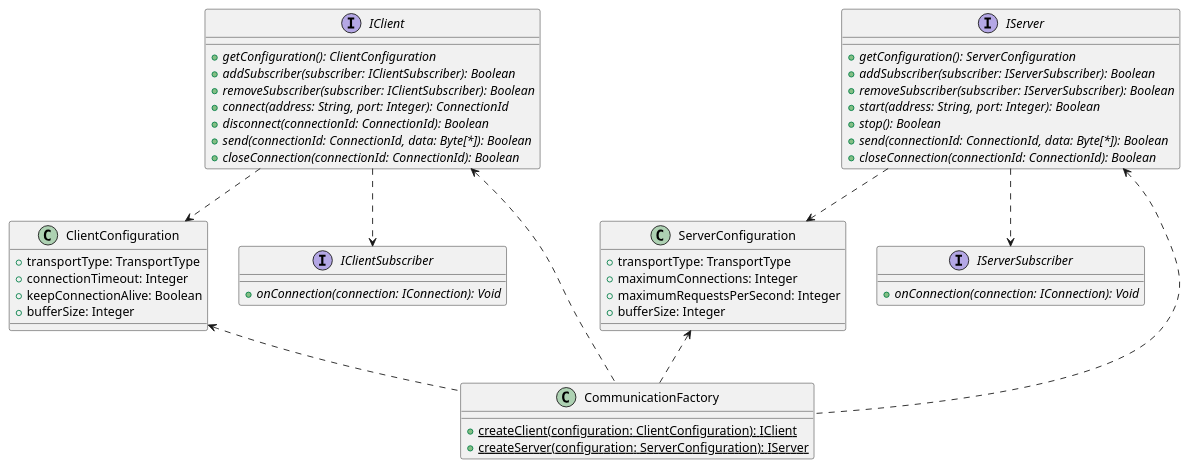
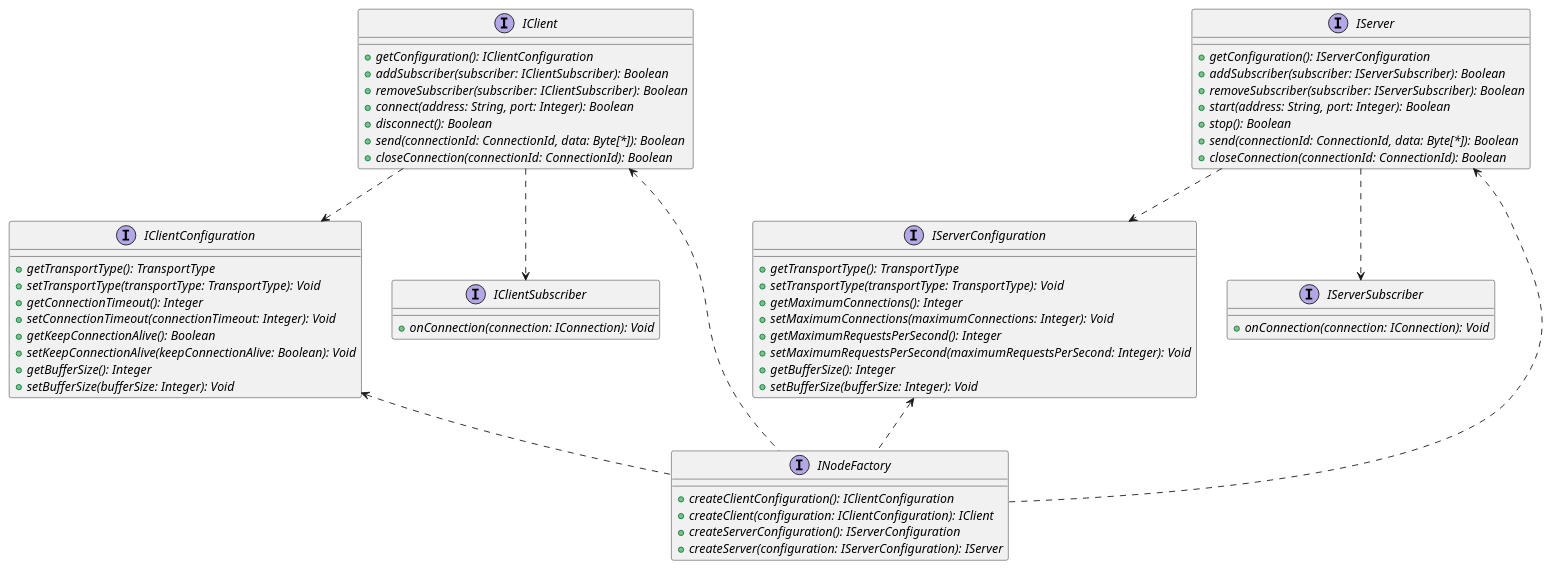
Before and after one commit to nghdang/connix: the diagram in docs/architecture/05_building_block_view/communication/node_layer/interface_view.puml, drawn with PlantUML. The commit also changed 4 other files, not shown here.

```diff
--- a/docs/architecture/05_building_block_view/communication/node_layer/interface_view.puml
+++ b/docs/architecture/05_building_block_view/communication/node_layer/interface_view.puml
@@ -1,63 +1,73 @@
 @startuml Node Layer - Interface View
 
-class ClientConfiguration {
-    + transportType: TransportType
-    + connectionTimeout: Integer
-    + keepConnectionAlive: Boolean
-    + bufferSize: Integer
+interface IClientConfiguration {
+    + {abstract} getTransportType(): TransportType
+    + {abstract} setTransportType(transportType: TransportType): Void
+    + {abstract} getConnectionTimeout(): Integer
+    + {abstract} setConnectionTimeout(connectionTimeout: Integer): Void
+    + {abstract} getKeepConnectionAlive(): Boolean
+    + {abstract} setKeepConnectionAlive(keepConnectionAlive: Boolean): Void
+    + {abstract} getBufferSize(): Integer
+    + {abstract} setBufferSize(bufferSize: Integer): Void
 }
 
 interface IClientSubscriber {
     + {abstract} onConnection(connection: IConnection): Void
 }
 
 interface IClient {
-    + {abstract} getConfiguration(): ClientConfiguration
+    + {abstract} getConfiguration(): IClientConfiguration
     + {abstract} addSubscriber(subscriber: IClientSubscriber): Boolean
     + {abstract} removeSubscriber(subscriber: IClientSubscriber): Boolean
-    + {abstract} connect(address: String, port: Integer): ConnectionId
-    + {abstract} disconnect(connectionId: ConnectionId): Boolean
+    + {abstract} connect(address: String, port: Integer): Boolean
+    + {abstract} disconnect(): Boolean
     + {abstract} send(connectionId: ConnectionId, data: Byte[*]): Boolean
     + {abstract} closeConnection(connectionId: ConnectionId): Boolean
 }
 
-class ServerConfiguration {
-    + transportType: TransportType
-    + maximumConnections: Integer
-    + maximumRequestsPerSecond: Integer
-    + bufferSize: Integer
+interface IServerConfiguration {
+    + {abstract} getTransportType(): TransportType
+    + {abstract} setTransportType(transportType: TransportType): Void
+    + {abstract} getMaximumConnections(): Integer
+    + {abstract} setMaximumConnections(maximumConnections: Integer): Void
+    + {abstract} getMaximumRequestsPerSecond(): Integer
+    + {abstract} setMaximumRequestsPerSecond(maximumRequestsPerSecond: Integer): Void
+    + {abstract} getBufferSize(): Integer
+    + {abstract} setBufferSize(bufferSize: Integer): Void
 }
 
 interface IServerSubscriber {
     + {abstract} onConnection(connection: IConnection): Void
 }
 
 interface IServer {
-    + {abstract} getConfiguration(): ServerConfiguration
+    + {abstract} getConfiguration(): IServerConfiguration
     + {abstract} addSubscriber(subscriber: IServerSubscriber): Boolean
     + {abstract} removeSubscriber(subscriber: IServerSubscriber): Boolean
     + {abstract} start(address: String, port: Integer): Boolean
     + {abstract} stop(): Boolean
     + {abstract} send(connectionId: ConnectionId, data: Byte[*]): Boolean
     + {abstract} closeConnection(connectionId: ConnectionId): Boolean
 }
 
-class CommunicationFactory {
-    + {static} createClient(configuration: ClientConfiguration): IClient
-    + {static} createServer(configuration: ServerConfiguration): IServer
+interface INodeFactory {
+    + {abstract} createClientConfiguration(): IClientConfiguration
+    + {abstract} createClient(configuration: IClientConfiguration): IClient
+    + {abstract} createServerConfiguration(): IServerConfiguration
+    + {abstract} createServer(configuration: IServerConfiguration): IServer
 }
 
 
-IClient ..> ClientConfiguration
+IClient ..> IClientConfiguration
 IClient ..> IClientSubscriber
-IClient <.. CommunicationFactory
+IClient <.. INodeFactory
 
-IServer ..> ServerConfiguration
+IServer ..> IServerConfiguration
 IServer ..> IServerSubscriber
-IServer <.. CommunicationFactory
+IServer <.. INodeFactory
 
-ClientConfiguration <.. CommunicationFactory
+IClientConfiguration <.. INodeFactory
 
-ServerConfiguration <.. CommunicationFactory
+IServerConfiguration <.. INodeFactory
 
 @enduml
```
